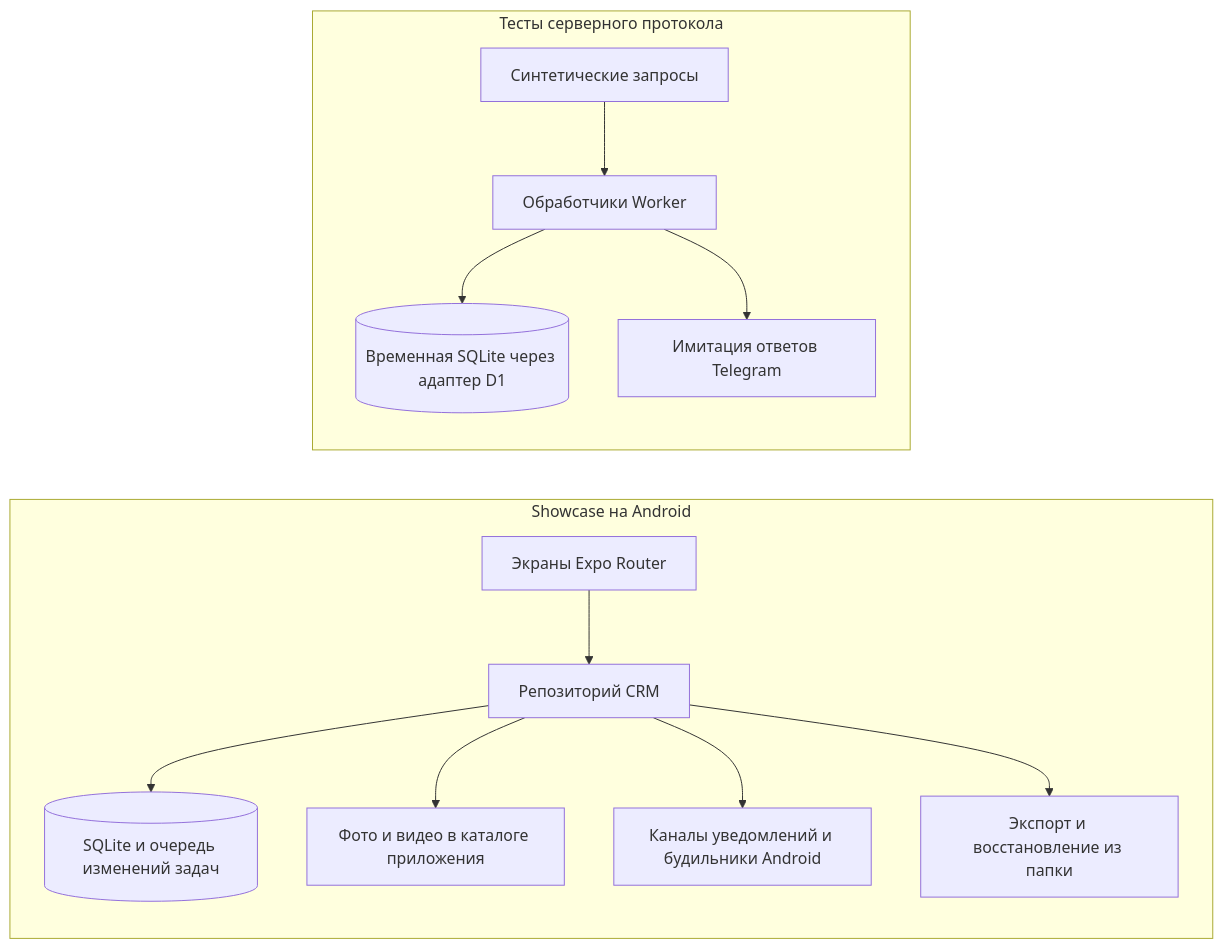
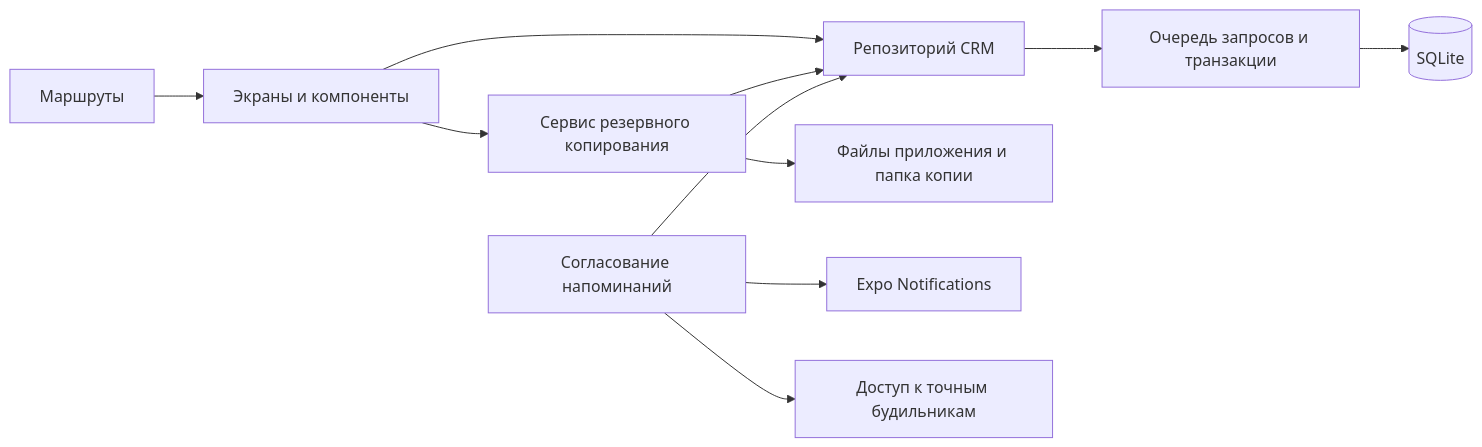
The diagram in README.md (DKI62/AutoCRM-Showcase), drawn with Mermaid before and after one commit. The commit also changed other lines of this file and 17 other files, not shown here.

````diff
--- a/README.md
+++ b/README.md
@@ -41,16 +39,12 @@
 ```mermaid
 flowchart LR
-    subgraph Mobile ["Showcase на Android"]
-        Screens["Экраны Expo Router"] --> Repository["Репозиторий CRM"]
-        Repository --> SQLite[("SQLite и очередь изменений задач")]
-        Repository --> Media["Фото и видео в каталоге приложения"]
-        Repository --> Reminders["Каналы уведомлений и будильники Android"]
-        Repository --> Backup["Экспорт и восстановление из папки"]
-    end
-
-    subgraph Tests ["Тесты серверного протокола"]
-        Fixtures["Синтетические запросы"] --> Worker["Обработчики Worker"]
-        Worker --> D1[("Временная SQLite через адаптер D1")]
-        Worker --> FakeBot["Имитация ответов Telegram"]
-    end
+    Routes["Маршруты"] --> Screens["Экраны и компоненты"]
+    Screens --> Repository["Репозиторий CRM"]
+    Repository --> Store["Очередь запросов и транзакции"] --> SQLite[("SQLite")]
+    Screens --> Backup["Сервис резервного копирования"]
+    Backup --> Repository
+    Backup --> Media["Файлы приложения и папка копии"]
+    Reminders["Согласование напоминаний"] --> Repository
+    Reminders --> Notifications["Expo Notifications"]
+    Reminders --> Alarm["Доступ к точным будильникам"]
 ```
````
